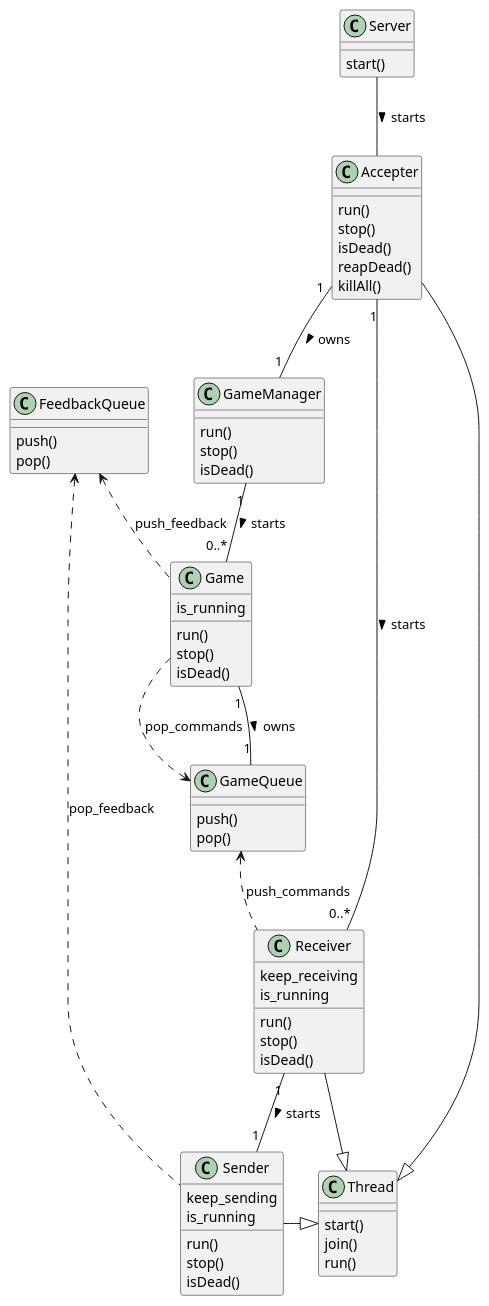
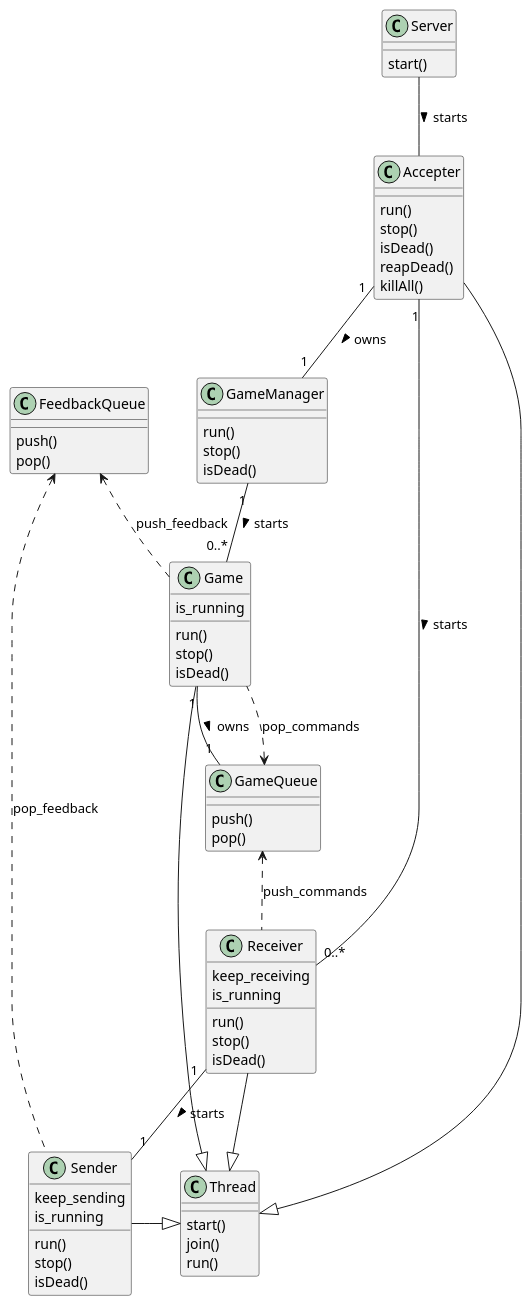
The diagram in docs/servermain_classes1.puml (Luansair/Taller1-TP-Left4Dead), drawn with PlantUML before and after one commit. The commit also changed 2 other files, not shown here.

Commit message:
docs(tecnica): fix diagrama server

```diff
--- a/docs/servermain_classes1.puml
+++ b/docs/servermain_classes1.puml
@@ -1,76 +1,77 @@
 @startuml
 'https://plantuml.com/class-diagram
 
 class Server {
     start()
 }
 
 class Accepter {
     run()
     stop()
     isDead()
     reapDead()
     killAll()
 }
 
 class Sender {
     keep_sending
     is_running
     run()
     stop()
     isDead()
 }
 
 class Receiver {
     keep_receiving
     is_running
     run()
     stop()
     isDead()
 }
 
 class GameManager {
     run()
     stop()
     isDead()
 }
 
 class Game {
     is_running
     run()
     stop()
     isDead()
 }
 
 class Thread {
     start()
     join()
     run()
 }
 
 class GameQueue {
     push()
     pop()
 }
 
 class FeedbackQueue {
     push()
     pop()
 }
 
 GameQueue  <.. Game : pop_commands
 FeedbackQueue  <.. Game : push_feedback
 FeedbackQueue <.. Sender : pop_feedback
 GameQueue <.. Receiver : push_commands
 Sender -|> Thread
 Receiver -|> Thread
 Accepter -|> Thread
+Game -|> Thread
 Server -- Accepter : > starts
 Accepter "1" -- "0..*" Receiver : > starts
 Receiver "1" -- "1" Sender : > starts
 Accepter "1" -- "1" GameManager : > owns
 Game "1" -- "1" GameQueue : > owns
 GameManager "1" -- "0..*" Game : > starts
 
 
 @enduml
```
